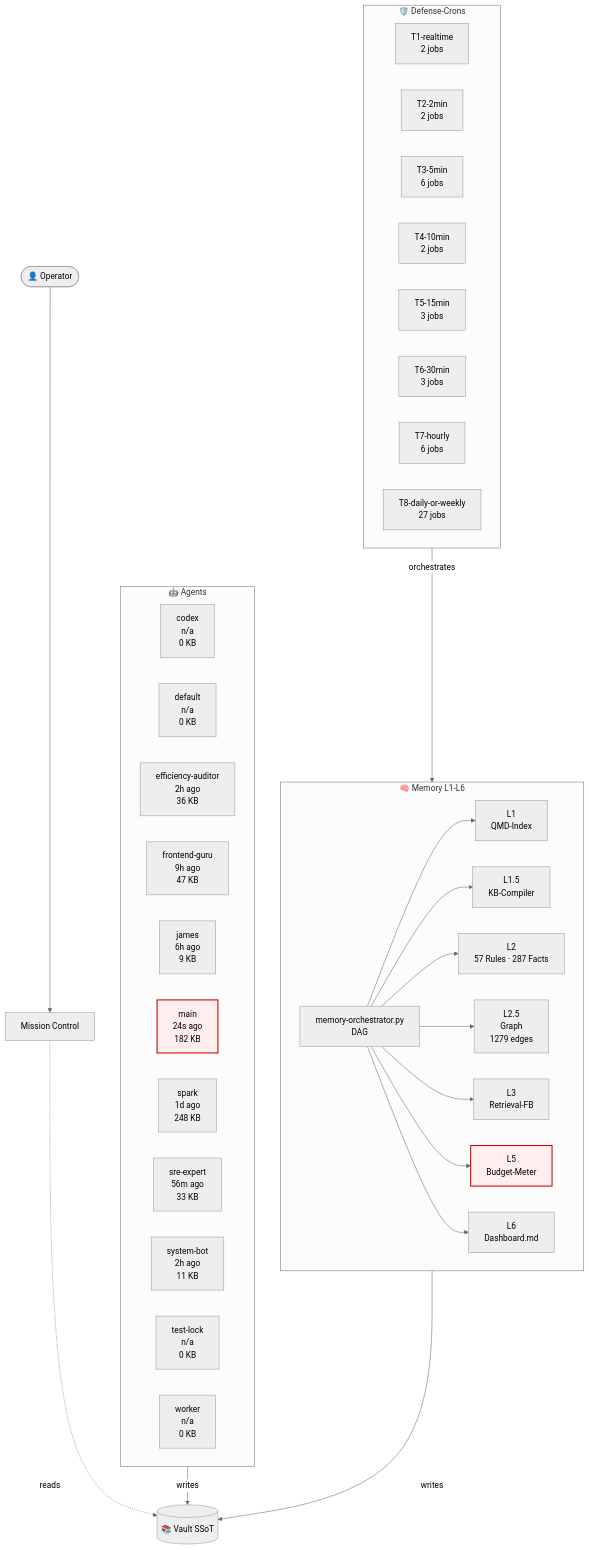
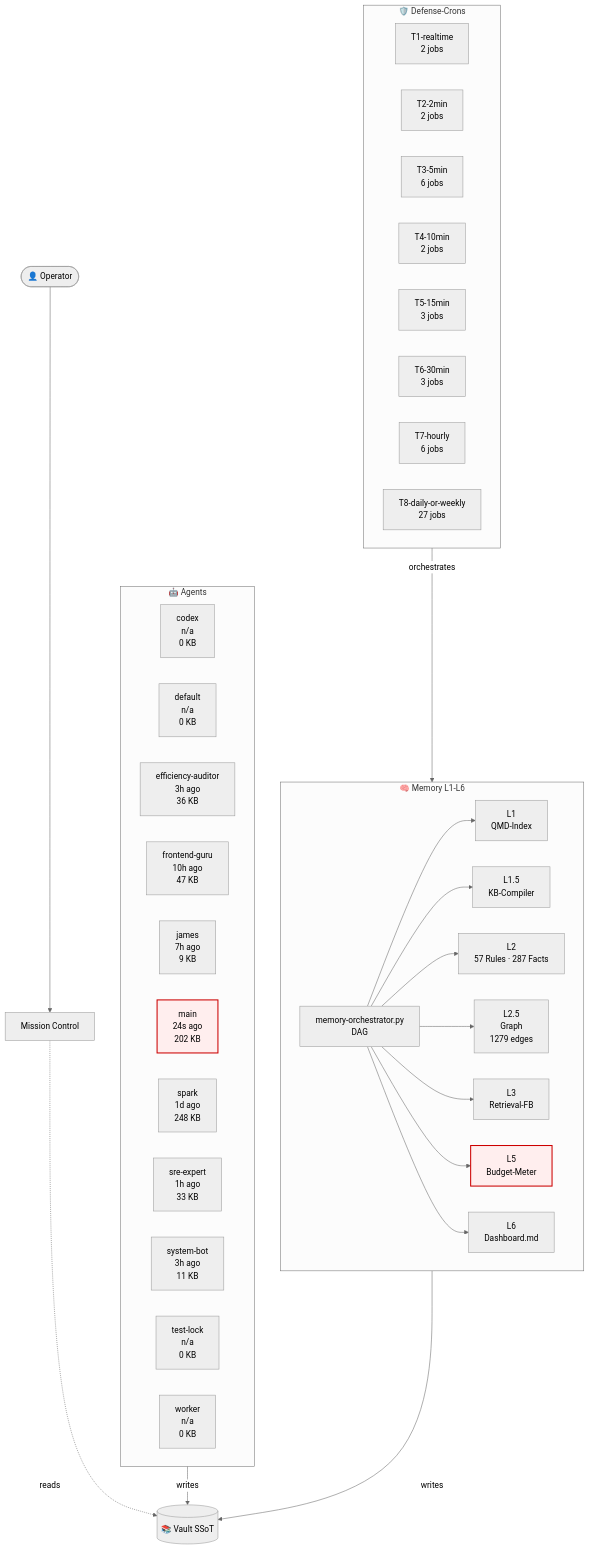
The diagram in 03-Agents/architecture-live.md (lenardhuebner88-rgb/openclaw-memory), drawn with Mermaid (neutral theme) before and after one commit. The commit also changed other lines of this file and 1 other file, not shown here.

````diff
--- a/03-Agents/architecture-live.md
+++ b/03-Agents/architecture-live.md
@@ -18,54 +18,54 @@
 ```mermaid
 flowchart TB
     classDef critical fill:#fee,stroke:#c00,stroke-width:2px;
     subgraph AGT["🤖 Agents"]
         agent_codex["codex<br/>n/a<br/>0 KB"]
         agent_default["default<br/>n/a<br/>0 KB"]
-        agent_efficiency_auditor["efficiency-auditor<br/>2h ago<br/>36 KB"]
-        agent_frontend_guru["frontend-guru<br/>9h ago<br/>47 KB"]
-        agent_james["james<br/>6h ago<br/>9 KB"]
-        agent_main["main<br/>24s ago<br/>182 KB"]
+        agent_efficiency_auditor["efficiency-auditor<br/>3h ago<br/>36 KB"]
+        agent_frontend_guru["frontend-guru<br/>10h ago<br/>47 KB"]
+        agent_james["james<br/>7h ago<br/>9 KB"]
+        agent_main["main<br/>24s ago<br/>202 KB"]
         agent_spark["spark<br/>1d ago<br/>248 KB"]
-        agent_sre_expert["sre-expert<br/>56m ago<br/>33 KB"]
-        agent_system_bot["system-bot<br/>2h ago<br/>11 KB"]
+        agent_sre_expert["sre-expert<br/>1h ago<br/>33 KB"]
+        agent_system_bot["system-bot<br/>3h ago<br/>11 KB"]
         agent_test_lock["test-lock<br/>n/a<br/>0 KB"]
         agent_worker["worker<br/>n/a<br/>0 KB"]
     end
     subgraph MEM["🧠 Memory L1-L6"]
         L1["L1<br/>QMD-Index"]
         L15["L1.5<br/>KB-Compiler"]
         L2["L2<br/>57 Rules · 287 Facts"]
         L25["L2.5<br/>Graph<br/>1279 edges"]
         L3["L3<br/>Retrieval-FB"]
         L5["L5<br/>Budget-Meter"]
         L6["L6<br/>Dashboard.md"]
         ORCH["memory-orchestrator.py<br/>DAG"]
     end
     subgraph CRN["🛡️ Defense-Crons"]
         tier_T1_realtime["T1-realtime<br/>2 jobs"]
         tier_T2_2min["T2-2min<br/>2 jobs"]
         tier_T3_5min["T3-5min<br/>6 jobs"]
         tier_T4_10min["T4-10min<br/>2 jobs"]
         tier_T5_15min["T5-15min<br/>3 jobs"]
         tier_T6_30min["T6-30min<br/>3 jobs"]
         tier_T7_hourly["T7-hourly<br/>6 jobs"]
         tier_T8_daily_or_weekly["T8-daily-or-weekly<br/>27 jobs"]
     end
     VAULT[("📚 Vault SSoT")]
     OP([👤 Operator])
     MC["Mission Control"]
     OP --> MC
     MC -.reads.-> VAULT
     AGT -->|writes| VAULT
     MEM -->|writes| VAULT
     ORCH --> L1
     ORCH --> L15
     ORCH --> L2
     ORCH --> L25
     ORCH --> L3
     ORCH --> L5
     ORCH --> L6
     CRN -->|orchestrates| MEM
     class L5 critical
     class agent_main critical
 ```
````
